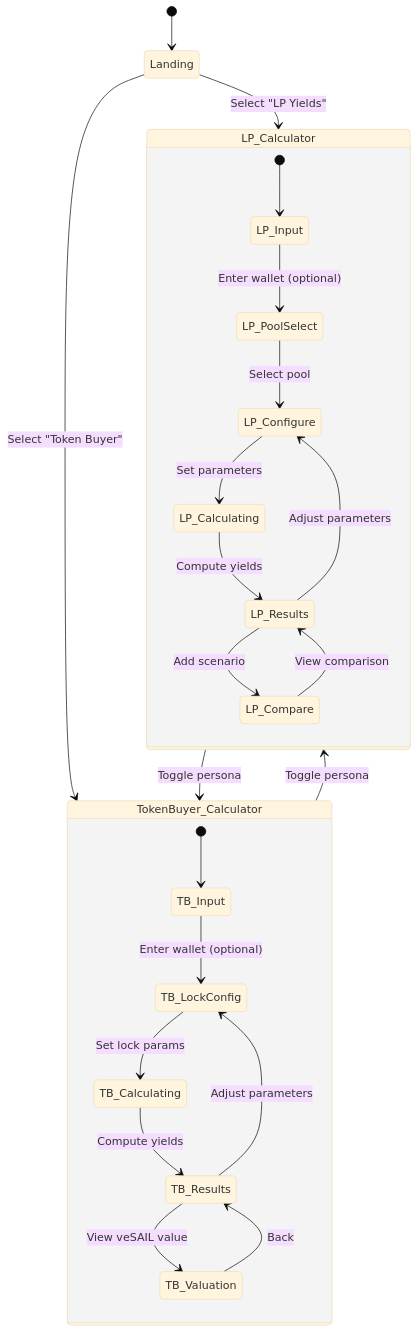
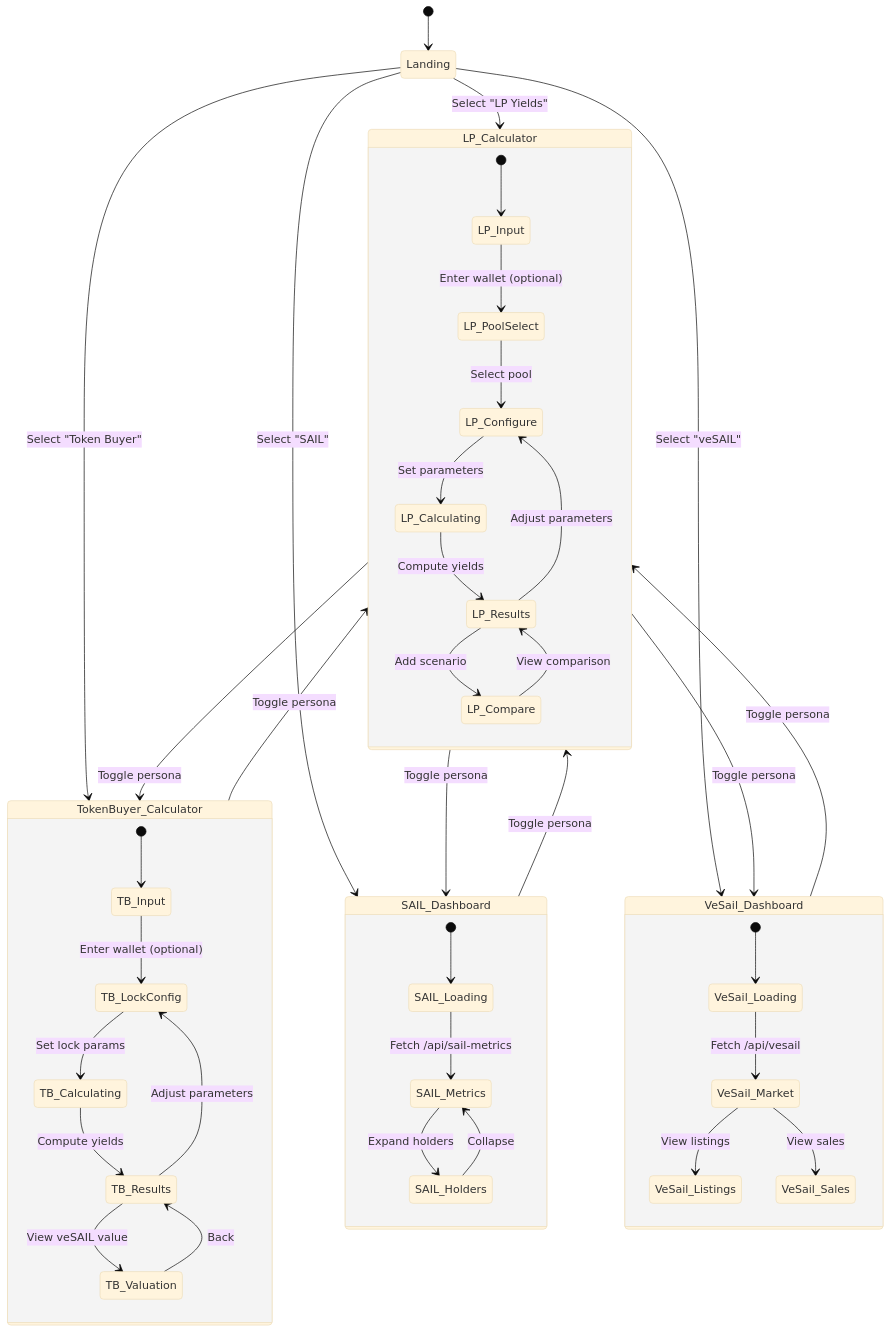
One commit to glupta/full-sail-yield-calculator changed the first of 5 diagrams in STATE_DIAGRAM.md. Above: the diagram before and after it, drawn with Mermaid (base theme). The commit also changed 27 other files, not shown here.

````diff
--- a/STATE_DIAGRAM.md
+++ b/STATE_DIAGRAM.md
@@ -5,31 +5,51 @@
 ```mermaid
 stateDiagram-v2
     [*] --> Landing
     
     Landing --> LP_Calculator: Select "LP Yields"
     Landing --> TokenBuyer_Calculator: Select "Token Buyer"
+    Landing --> SAIL_Dashboard: Select "SAIL"
+    Landing --> VeSail_Dashboard: Select "veSAIL"
     
     state LP_Calculator {
         [*] --> LP_Input
         LP_Input --> LP_PoolSelect: Enter wallet (optional)
         LP_PoolSelect --> LP_Configure: Select pool
         LP_Configure --> LP_Calculating: Set parameters
         LP_Calculating --> LP_Results: Compute yields
         LP_Results --> LP_Compare: Add scenario
         LP_Compare --> LP_Results: View comparison
         LP_Results --> LP_Configure: Adjust parameters
     }
     
     state TokenBuyer_Calculator {
         [*] --> TB_Input
         TB_Input --> TB_LockConfig: Enter wallet (optional)
         TB_LockConfig --> TB_Calculating: Set lock params
         TB_Calculating --> TB_Results: Compute yields
         TB_Results --> TB_Valuation: View veSAIL value
         TB_Valuation --> TB_Results: Back
         TB_Results --> TB_LockConfig: Adjust parameters
     }
     
+    state SAIL_Dashboard {
+        [*] --> SAIL_Loading
+        SAIL_Loading --> SAIL_Metrics: Fetch /api/sail-metrics
+        SAIL_Metrics --> SAIL_Holders: Expand holders
+        SAIL_Holders --> SAIL_Metrics: Collapse
+    }
+    
+    state VeSail_Dashboard {
+        [*] --> VeSail_Loading
+        VeSail_Loading --> VeSail_Market: Fetch /api/vesail
+        VeSail_Market --> VeSail_Listings: View listings
+        VeSail_Market --> VeSail_Sales: View sales
+    }
+    
     LP_Calculator --> TokenBuyer_Calculator: Toggle persona
     TokenBuyer_Calculator --> LP_Calculator: Toggle persona
+    LP_Calculator --> SAIL_Dashboard: Toggle persona
+    SAIL_Dashboard --> LP_Calculator: Toggle persona
+    LP_Calculator --> VeSail_Dashboard: Toggle persona
+    VeSail_Dashboard --> LP_Calculator: Toggle persona
 ```
````
